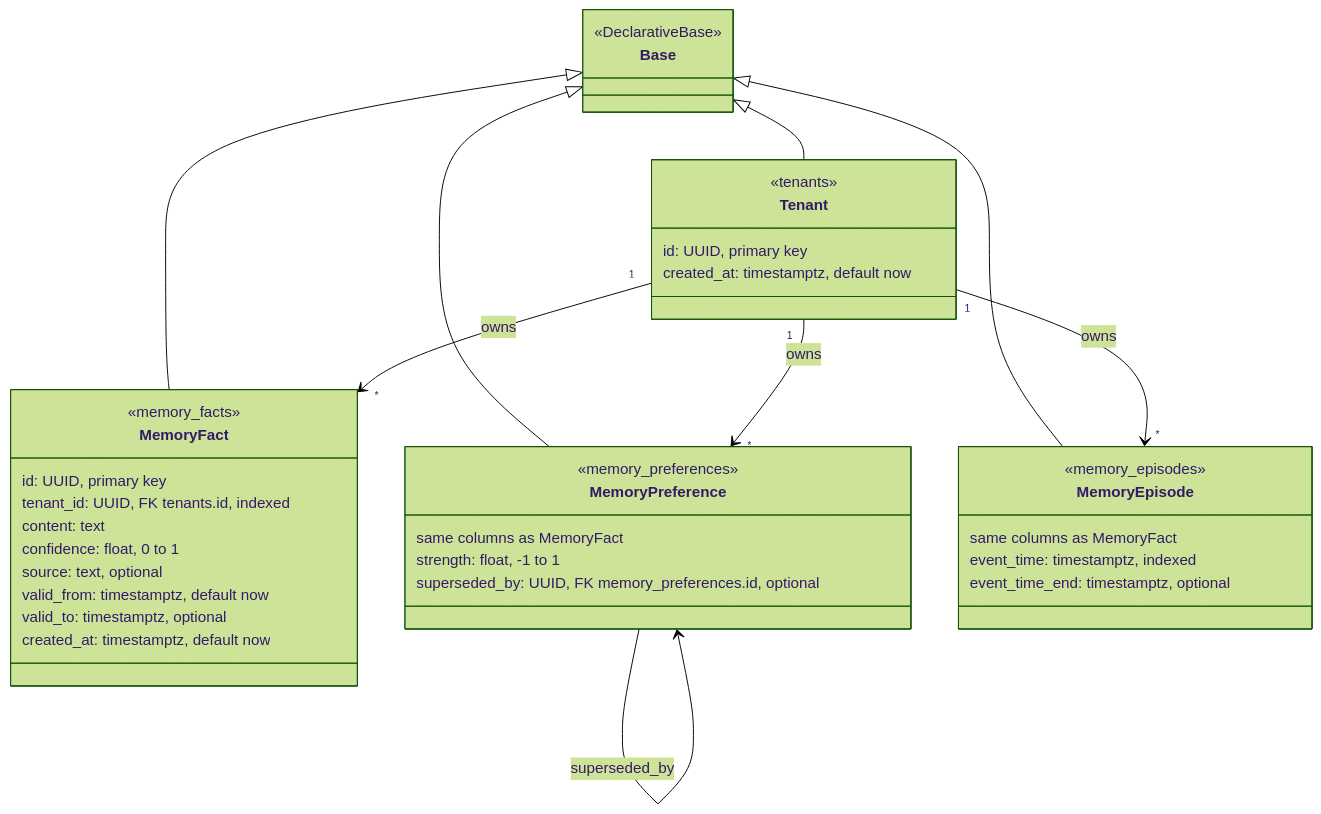
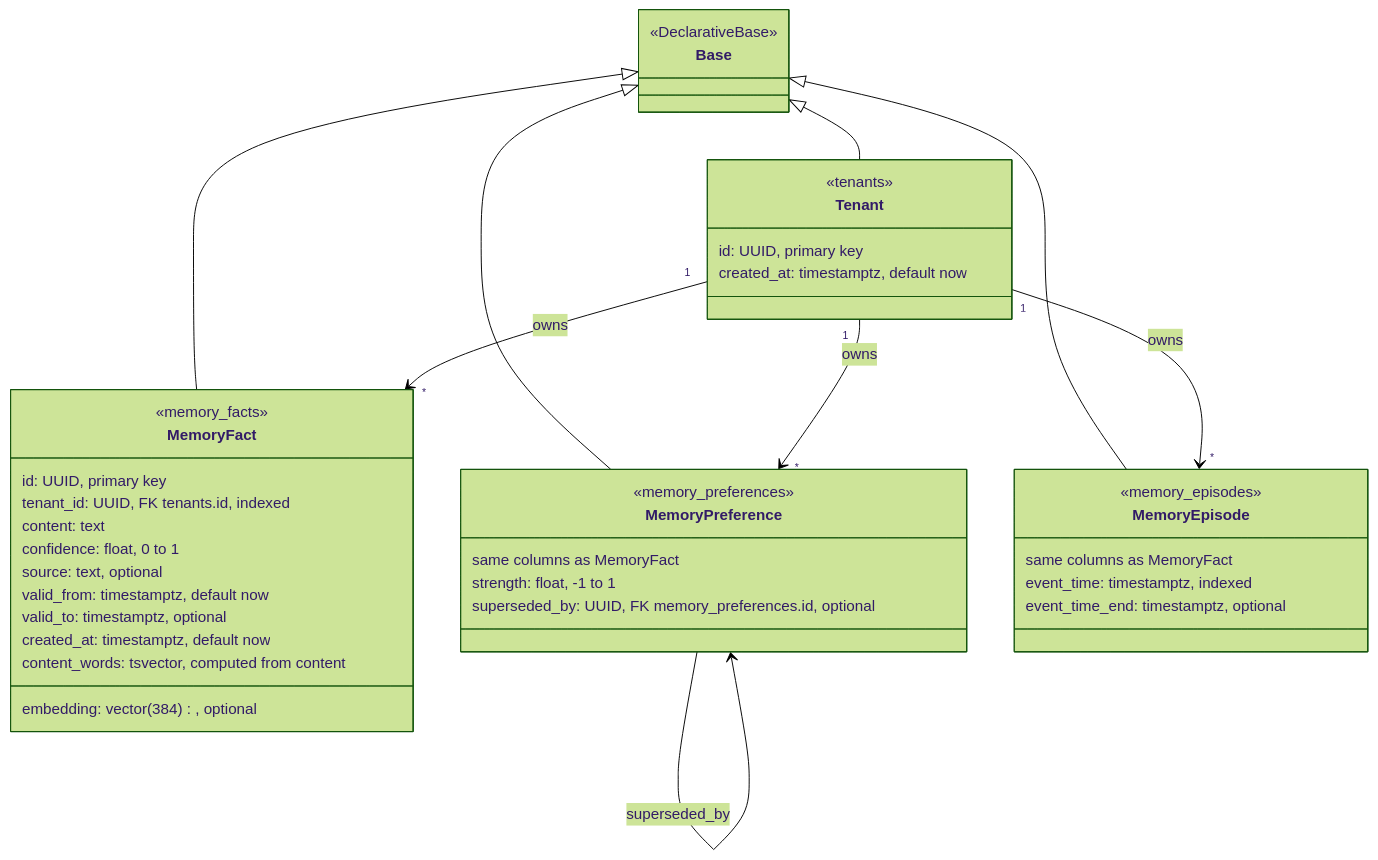
Diagram 14 of 23 in docs/design.md (ZiadHendawy/mutable), drawn with Mermaid (forest theme) before and after one commit. The commit also changed other lines of this file and 10 other files, not shown here.

````diff
--- a/docs/design.md
+++ b/docs/design.md
@@ -736,43 +749,45 @@
 ```mermaid
 classDiagram
     direction TB
     class Base {
         <<DeclarativeBase>>
     }
     class Tenant {
         <<tenants>>
         id: UUID, primary key
         created_at: timestamptz, default now
     }
     class MemoryFact {
         <<memory_facts>>
         id: UUID, primary key
         tenant_id: UUID, FK tenants.id, indexed
         content: text
         confidence: float, 0 to 1
         source: text, optional
         valid_from: timestamptz, default now
         valid_to: timestamptz, optional
         created_at: timestamptz, default now
+        embedding: vector(384), optional
+        content_words: tsvector, computed from content
     }
     class MemoryPreference {
         <<memory_preferences>>
         same columns as MemoryFact
         strength: float, -1 to 1
         superseded_by: UUID, FK memory_preferences.id, optional
     }
     class MemoryEpisode {
         <<memory_episodes>>
         same columns as MemoryFact
         event_time: timestamptz, indexed
         event_time_end: timestamptz, optional
     }
     Base <|-- Tenant
     Base <|-- MemoryFact
     Base <|-- MemoryPreference
     Base <|-- MemoryEpisode
     Tenant "1" --> "*" MemoryFact : owns
     Tenant "1" --> "*" MemoryPreference : owns
     Tenant "1" --> "*" MemoryEpisode : owns
     MemoryPreference --> MemoryPreference : superseded_by
 ```
````
